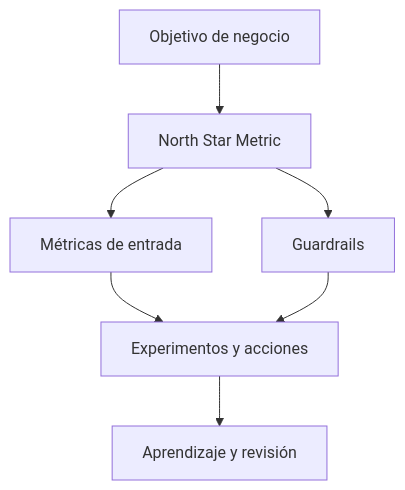
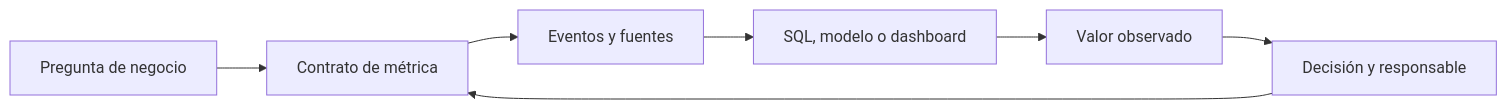
Diagram 14 of 26 in dist/markdown/temario-completo.md (Ayhur/CursoAnalista), drawn with Mermaid before and after one commit. The commit also changed other lines of this file and 36 other files, not shown here.

````diff
--- a/dist/markdown/temario-completo.md
+++ b/dist/markdown/temario-completo.md
@@ -402,9 +680,9 @@
 ```mermaid
-flowchart TD
-    A[Objetivo de negocio] --> B[North Star Metric]
-    B --> C[Métricas de entrada]
-    B --> D[Guardrails]
-    C --> E[Experimentos y acciones]
-    D --> E
-    E --> F[Aprendizaje y revisión]
+flowchart LR
+    A[Pregunta de negocio] --> B[Contrato de métrica]
+    B --> C[Eventos y fuentes]
+    C --> D[SQL, modelo o dashboard]
+    D --> E[Valor observado]
+    E --> F[Decisión y responsable]
+    F --> B
 ```
````
